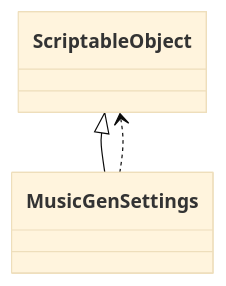
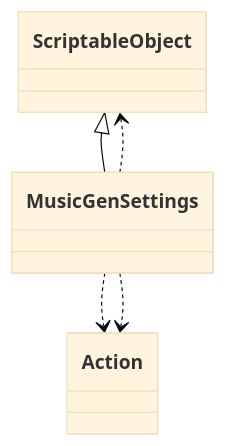
Diagram 17 of 39 in test/test.md (schnock-art/project_inspector), drawn with Mermaid (base theme) before and after one commit. The commit also changed other lines of this file and 3 other files, not shown here.

````diff
--- a/test/test.md
+++ b/test/test.md
@@ -379,5 +377,7 @@
 ```mermaid
 classDiagram
 ScriptableObject <|-- MusicGenSettings
 MusicGenSettings ..> ScriptableObject
+MusicGenSettings ..> Action
+MusicGenSettings ..> Action
 ```
````
